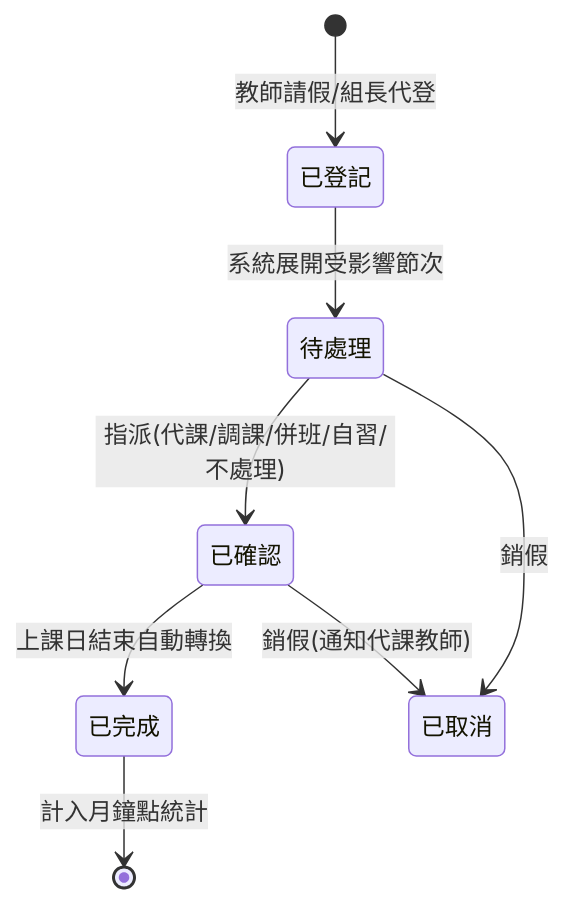
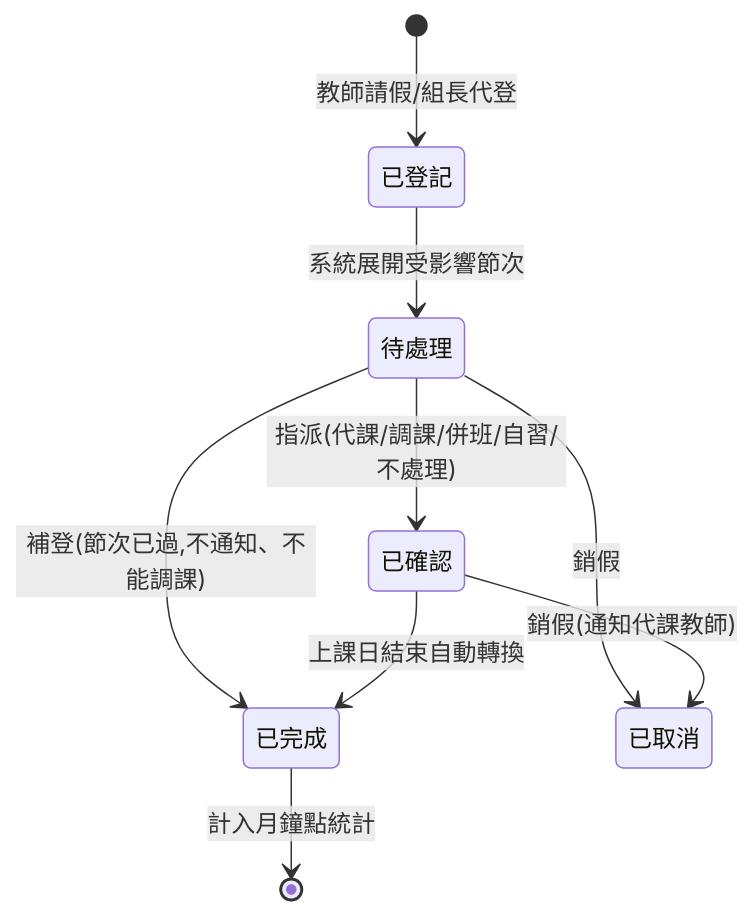
Before and after one commit to begin0808/Course_Scheduling_System: the fourth of 4 diagrams in docs/architecture.md, drawn with Mermaid. The commit also changed other lines of this file and 22 other files, not shown here.

````diff
--- a/docs/architecture.md
+++ b/docs/architecture.md
@@ -497,10 +497,11 @@
 ```mermaid
 stateDiagram-v2
     [*] --> 已登記: 教師請假/組長代登
     已登記 --> 待處理: 系統展開受影響節次
     待處理 --> 已確認: 指派(代課/調課/併班/自習/不處理)
+    待處理 --> 已完成: 補登(節次已過,不通知、不能調課)
     已確認 --> 已完成: 上課日結束自動轉換
     已完成 --> [*]: 計入月鐘點統計
     待處理 --> 已取消: 銷假
     已確認 --> 已取消: 銷假(通知代課教師)
 ```
````
